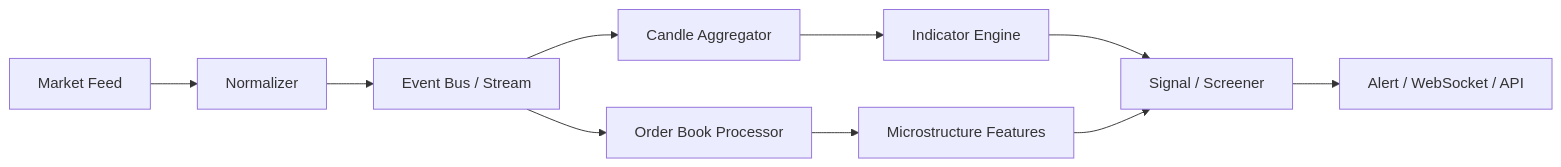
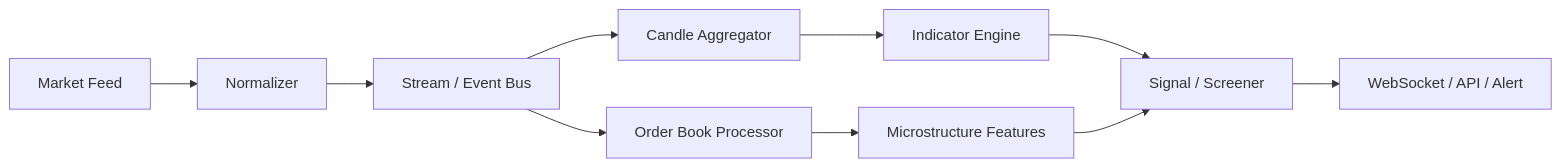
One commit to Trinhduyet/securities.github.io changed the diagram in docs/domains/05-realtime-analytics.md. Above: the diagram before and after it, drawn with Mermaid. The commit also changed other lines of this file, not shown here.

Commit message:
expand realtime analytics with tick candle watermark and backpressure examples

````diff
--- a/docs/domains/05-realtime-analytics.md
+++ b/docs/domains/05-realtime-analytics.md
@@ -7,12 +398,12 @@
 ```mermaid
 flowchart LR
-    A[Market Feed] --> B[Normalizer]
-    B --> C[Event Bus / Stream]
-    C --> D[Candle Aggregator]
-    C --> E[Order Book Processor]
-    D --> F[Indicator Engine]
-    E --> G[Microstructure Features]
-    F --> H[Signal / Screener]
-    G --> H
-    H --> I[Alert / WebSocket / API]
+    FEED[Market Feed] --> NORM[Normalizer]
+    NORM --> BUS[Stream / Event Bus]
+    BUS --> BOOK[Order Book Processor]
+    BUS --> CANDLE[Candle Aggregator]
+    CANDLE --> IND[Indicator Engine]
+    BOOK --> MICRO[Microstructure Features]
+    IND --> SIG[Signal / Screener]
+    MICRO --> SIG
+    SIG --> PUSH[WebSocket / API / Alert]
 ```
````
